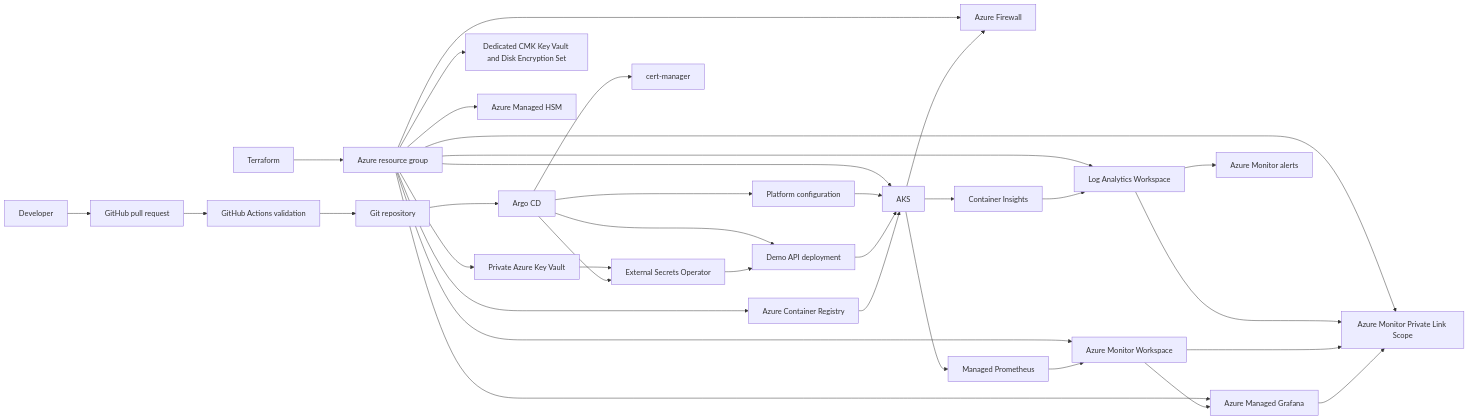
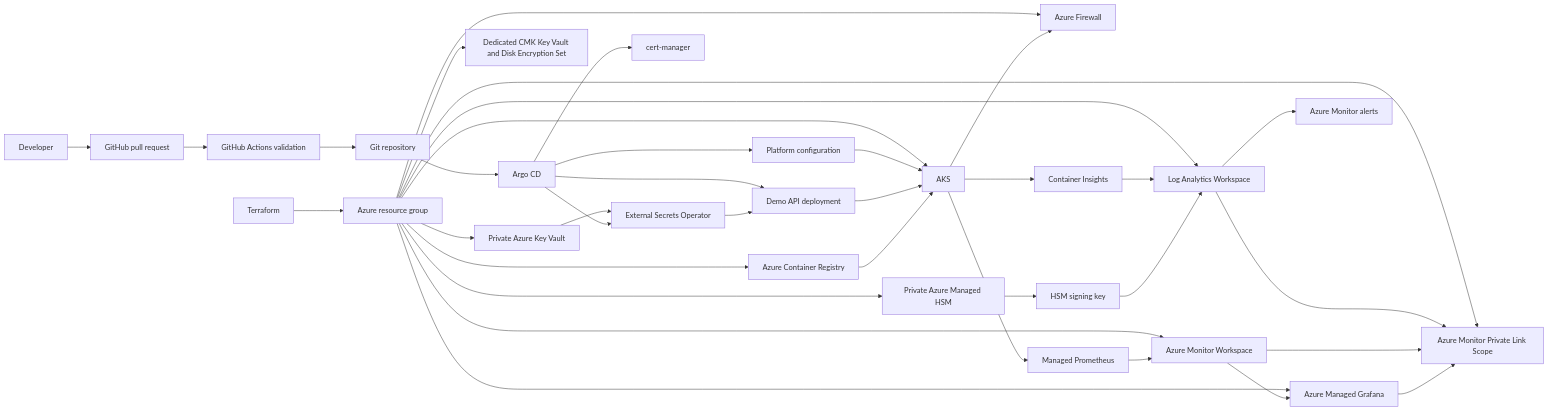
One commit to tukue/azure-platform-gitops changed the diagram in README.md. Above: the diagram before and after it, drawn with Mermaid. The commit also changed other lines of this file and 10 other files, not shown here.

Commit message:
feat: add managed HSM key custody pattern

````diff
--- a/README.md
+++ b/README.md
@@ -22,40 +22,42 @@
 ```mermaid
 flowchart LR
     DEV[Developer] --> PR[GitHub pull request]
     PR --> CI[GitHub Actions validation]
     CI --> GIT[Git repository]
 
     TF[Terraform] --> AZ[Azure resource group]
     AZ --> AKS[AKS]
     AZ --> ACR[Azure Container Registry]
     AZ --> LAW[Log Analytics Workspace]
     AZ --> AMW[Azure Monitor Workspace]
     AZ --> AMG[Azure Managed Grafana]
     AZ --> KV[Private Azure Key Vault]
     AZ --> CMK[Dedicated CMK Key Vault and Disk Encryption Set]
-    AZ --> HSM[Azure Managed HSM]
+    AZ --> HSM[Private Azure Managed HSM]
     AZ --> FW[Azure Firewall]
     AZ --> AMPLS[Azure Monitor Private Link Scope]
 
     GIT --> ARGO[Argo CD]
     ARGO --> PLATFORM[Platform configuration]
     ARGO --> APP[Demo API deployment]
     PLATFORM --> AKS
     APP --> AKS
     ACR --> AKS
     KV --> ESO[External Secrets Operator]
     ARGO --> ESO
     ESO --> APP
 
     AKS --> CI_LOGS[Container Insights]
     AKS --> FW
     CI_LOGS --> LAW
     AKS --> PROM[Managed Prometheus]
     PROM --> AMW
     LAW --> AMPLS
     AMW --> AMPLS
     AMG --> AMPLS
     AMW --> AMG
     LAW --> ALERTS[Azure Monitor alerts]
     ARGO --> CERT[cert-manager]
+    HSM --> SIGN[HSM signing key]
+    SIGN --> LAW
 ```
````
